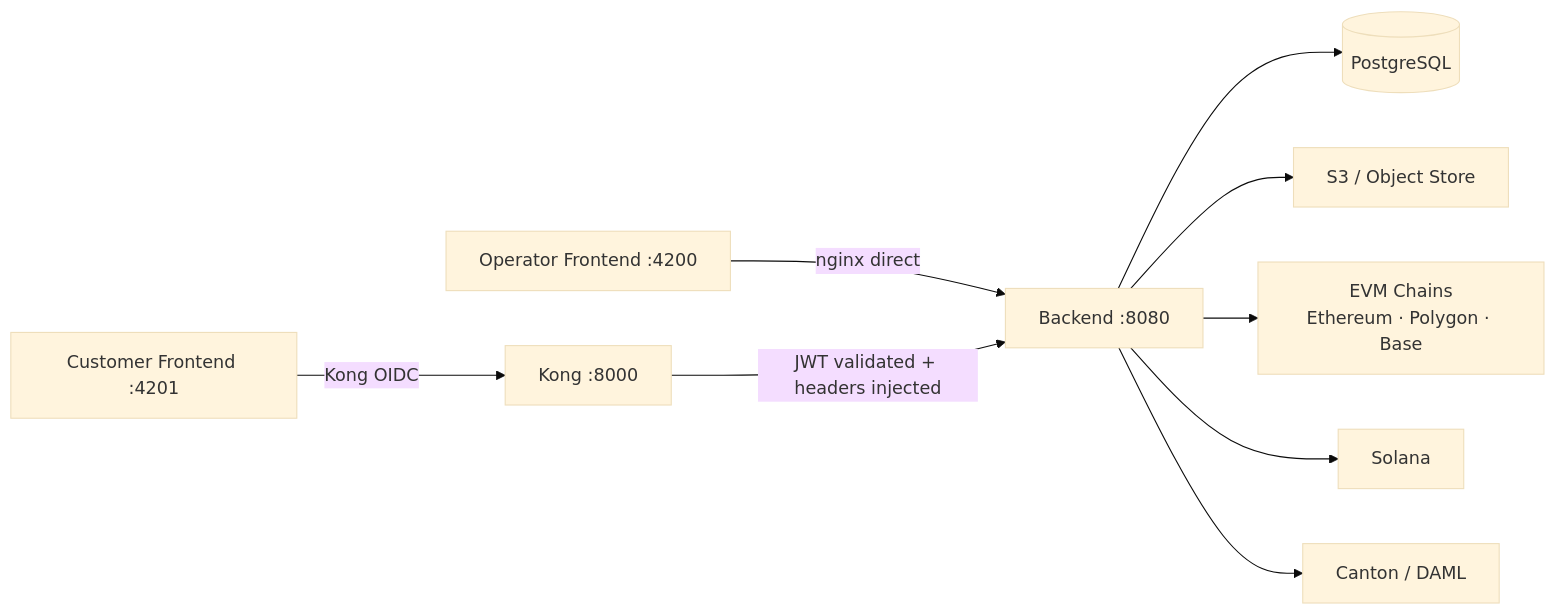
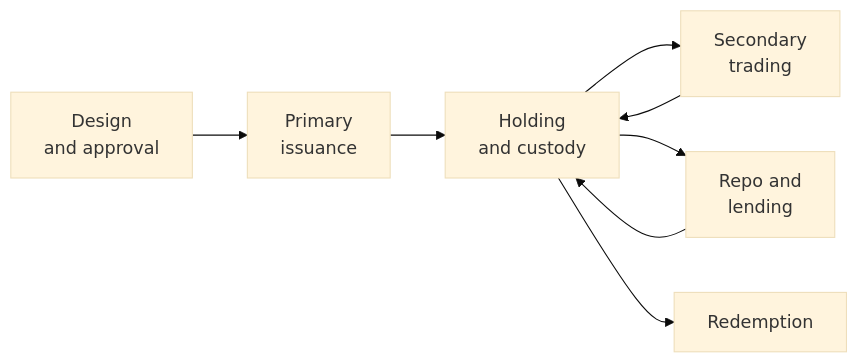
Before and after one commit to makibytes/registerwerk: the first of 2 diagrams in docs/index.md, drawn with Mermaid (base theme). The commit also changed other lines of this file and 566 other files, not shown here.

````diff
--- a/docs/index.md
+++ b/docs/index.md
@@ -27,11 +62,10 @@
 ```mermaid
 graph LR
-    A[Operator Frontend :4200] -->|nginx direct| B[Backend :8080]
-    C[Customer Frontend :4201] -->|Kong OIDC| D[Kong :8000]
-    D -->|JWT validated + headers injected| B
-    B --> E[(PostgreSQL)]
-    B --> F[S3 / Object Store]
-    B --> G[EVM Chains<br/>Ethereum · Polygon · Base]
-    B --> H[Solana]
-    B --> I[Canton / DAML]
+    A[Design<br/>and approval] --> B[Primary<br/>issuance]
+    B --> C[Holding<br/>and custody]
+    C --> D[Secondary<br/>trading]
+    C --> E[Repo and<br/>lending]
+    D --> C
+    E --> C
+    C --> F[Redemption]
 ```
````
